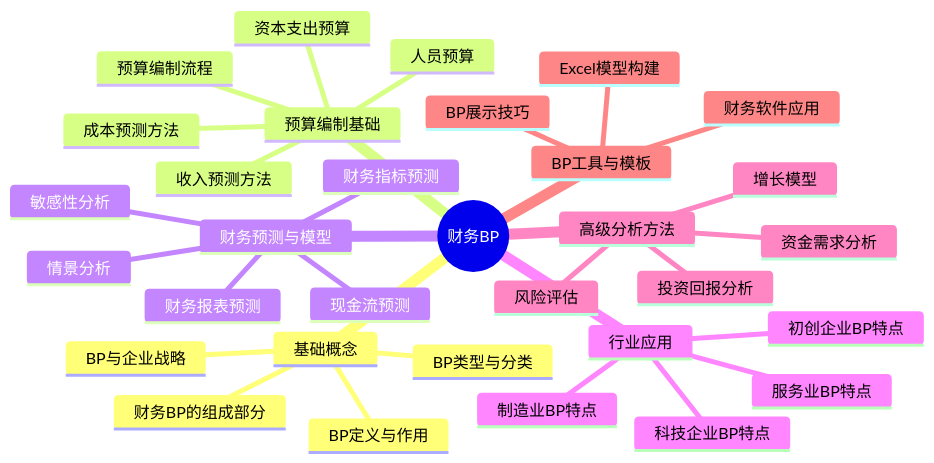
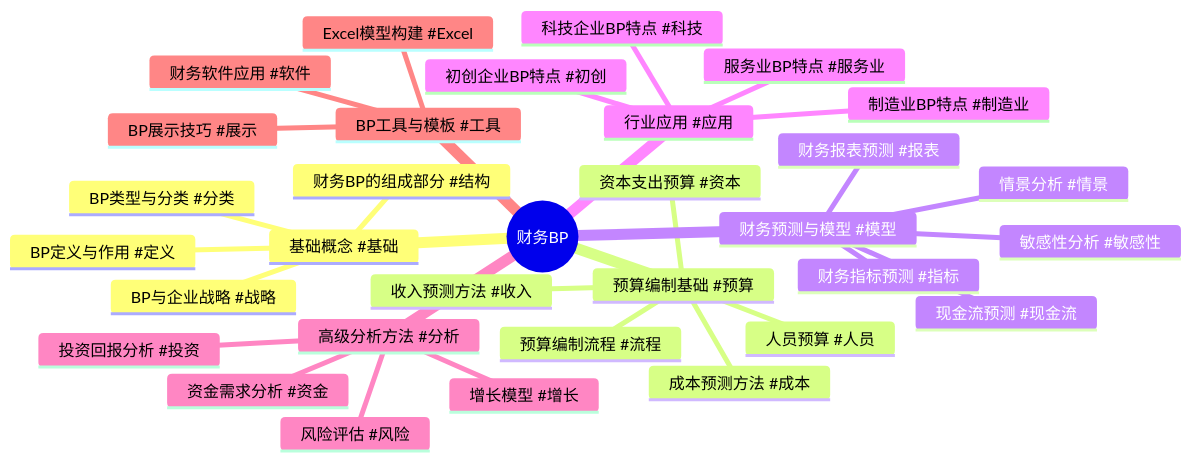
One commit to amcoimg/my-digital-garden changed the first of 4 diagrams in src/site/notes/知识共享/001_财务/01_财务BP/目录.md. Above: the diagram before and after it, drawn with Mermaid. The commit also changed other lines of this file, not shown here.

````diff
--- a/src/site/notes/知识共享/001_财务/01_财务BP/目录.md
+++ b/src/site/notes/知识共享/001_财务/01_财务BP/目录.md
@@ -13,36 +11,36 @@
 ```mermaid
 %%{init: {'theme': 'base', 'themeVariables': { 'primaryColor': '#1a5e63', 'fontFamily': '"Microsoft YaHei", "微软雅黑", "SimHei", "黑体", sans-serif', 'fontSize': '20px', 'primaryBorderColor': '#000000', 'lineColor': '#000000', 'primaryTextColor': '#ffffff', 'secondaryColor': '#2d5277', 'tertiaryColor': '#19324c', 'nodeBorder': '#000000', 'clusterBkg': '#283747', 'clusterBorder': '#000000', 'titleColor': '#ffffff', 'edgeLabelBackground': '#e8e8e8'}}}%%
 mindmap
   root((财务BP))
-    基础概念
-      BP定义与作用
-      BP类型与分类
-      BP与企业战略
-      财务BP的组成部分
-    预算编制基础
-      预算编制流程
-      收入预测方法
-      成本预测方法
-      资本支出预算
-      人员预算
-    财务预测与模型
-      财务报表预测
-      现金流预测
-      敏感性分析
-      情景分析
-      财务指标预测
-    行业应用
-      制造业BP特点
-      服务业BP特点
-      科技企业BP特点
-      初创企业BP特点
-    高级分析方法
-      投资回报分析
-      资金需求分析
-      风险评估
-      增长模型
-    BP工具与模板
-      Excel模型构建
-      财务软件应用
-      BP展示技巧
+    基础概念 #基础
+      BP定义与作用 #定义
+      BP类型与分类 #分类
+      BP与企业战略 #战略
+      财务BP的组成部分 #结构
+    预算编制基础 #预算
+      预算编制流程 #流程
+      收入预测方法 #收入
+      成本预测方法 #成本
+      资本支出预算 #资本
+      人员预算 #人员
+    财务预测与模型 #模型
+      财务报表预测 #报表
+      现金流预测 #现金流
+      敏感性分析 #敏感性
+      情景分析 #情景
+      财务指标预测 #指标
+    行业应用 #应用
+      制造业BP特点 #制造业
+      服务业BP特点 #服务业
+      科技企业BP特点 #科技
+      初创企业BP特点 #初创
+    高级分析方法 #分析
+      投资回报分析 #投资
+      资金需求分析 #资金
+      风险评估 #风险
+      增长模型 #增长
+    BP工具与模板 #工具
+      Excel模型构建 #Excel
+      财务软件应用 #软件
+      BP展示技巧 #展示
 ```
````
